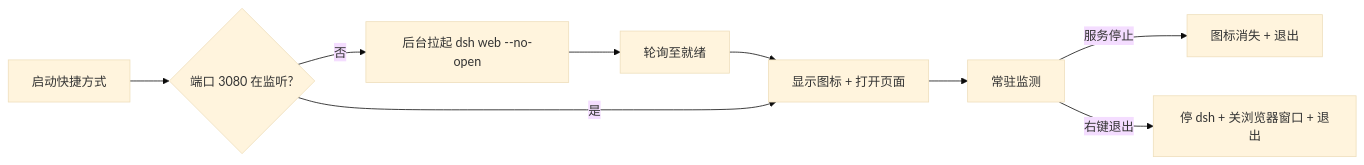
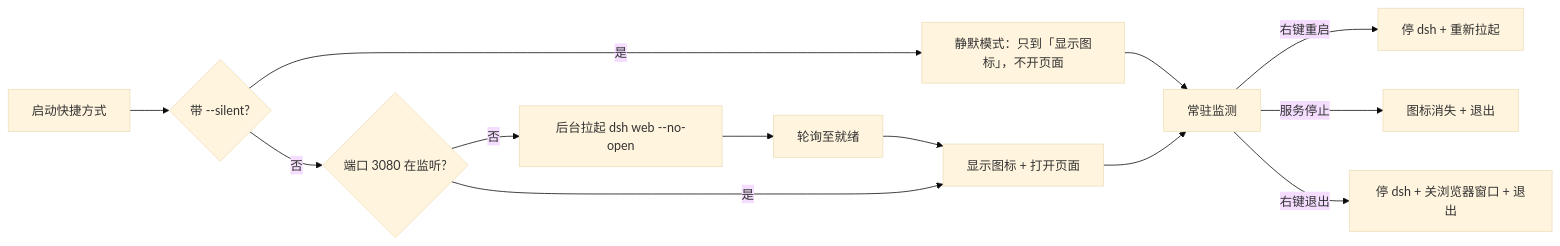
The diagram in README.md (XXXXXQ-0206/dsh-web-launcher), drawn with Mermaid (base theme) before and after one commit. The commit also changed other lines of this file and 2 other files, not shown here.

First line of the commit message:
feat(windows-launcher): add --silent autostart mode

````diff
--- a/README.md
+++ b/README.md
@@ -105,11 +113,15 @@
 ```mermaid
 flowchart LR
-  A[启动快捷方式] --> B{端口 3080 在监听?}
+  A[启动快捷方式] --> A2{带 --silent?}
+  A2 -- 是 --> S[静默模式：只到「显示图标」，不开页面]
+  A2 -- 否 --> B{端口 3080 在监听?}
   B -- 否 --> C[后台拉起 dsh web --no-open]
   C --> D[轮询至就绪]
   D --> E[显示图标 + 打开页面]
   B -- 是 --> E
+  S --> F
   E --> F[常驻监测]
+  F -- 右键重启 --> I[停 dsh + 重新拉起]
   F -- 服务停止 --> G[图标消失 + 退出]
   F -- 右键退出 --> H[停 dsh + 关浏览器窗口 + 退出]
 ```
````
